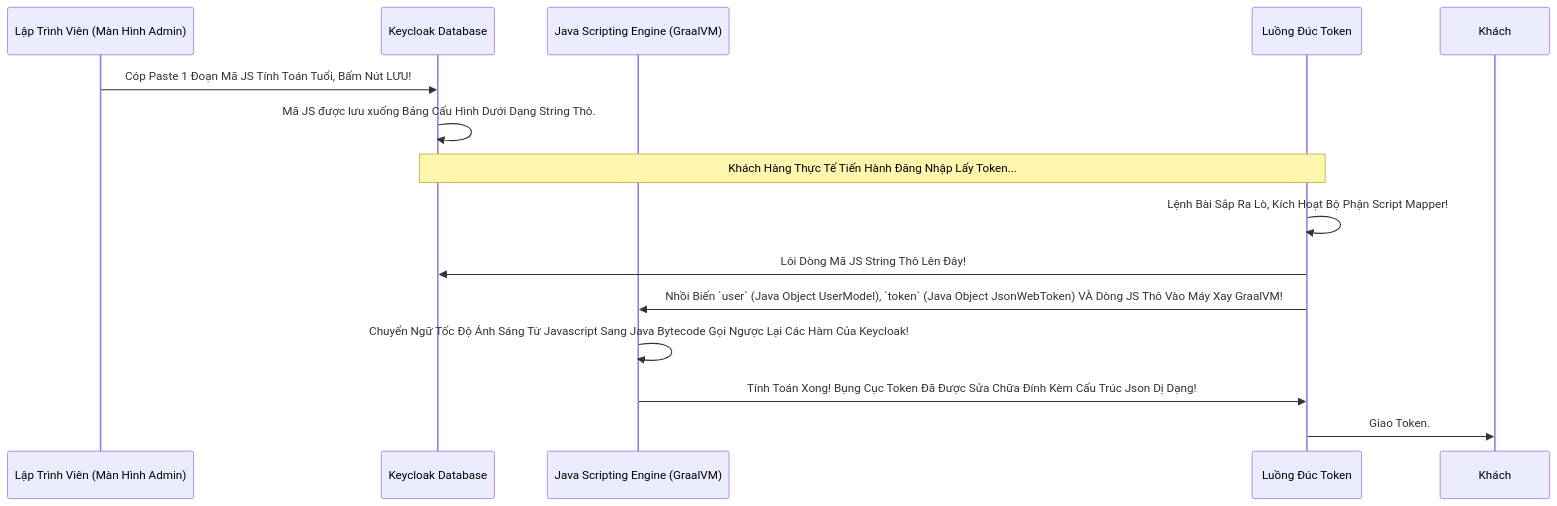
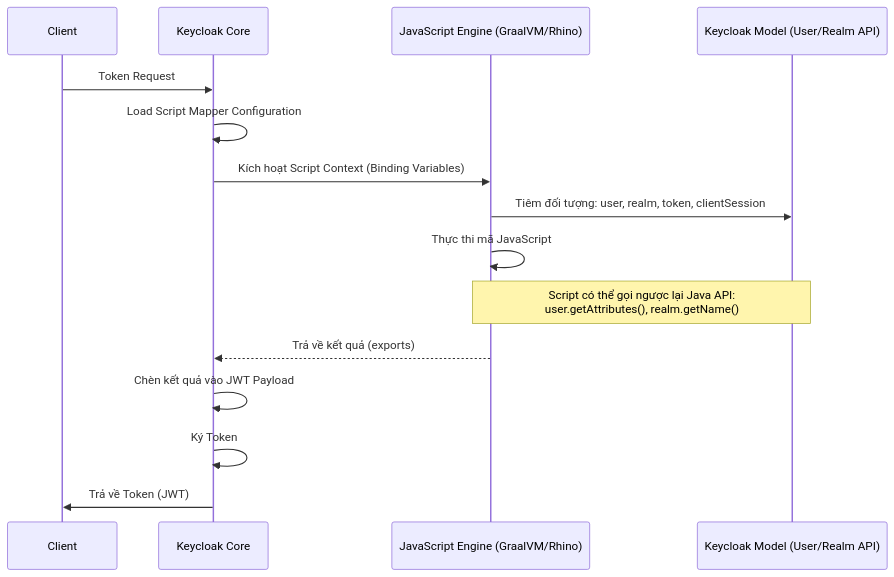
Before and after one commit to Luckyy0/keycloak: the diagram in 29-Advanced-Mappers/Module-1-Concepts/Lesson-3-Script-Mappers.md, drawn with Mermaid. The commit also changed other lines of this file and 215 other files, not shown here.

````diff
--- a/29-Advanced-Mappers/Module-1-Concepts/Lesson-3-Script-Mappers.md
+++ b/29-Advanced-Mappers/Module-1-Concepts/Lesson-3-Script-Mappers.md
@@ -35,21 +20,18 @@
 ```mermaid
 sequenceDiagram
-    participant Web as Lập Trình Viên (Màn Hình Admin)
-    participant DB as Keycloak Database
-    participant Engine as Java Scripting Engine (GraalVM)
-    participant Auth as Luồng Đúc Token
-    
-    Web->>DB: Cóp Paste 1 Đoạn Mã JS Tính Toán Tuổi, Bấm Nút LƯU!
-    DB->>DB: Mã JS được lưu xuống Bảng Cấu Hình Dưới Dạng String Thô.
-    
-    Note over Auth, DB: Khách Hàng Thực Tế Tiến Hành Đăng Nhập Lấy Token...
-    
-    Auth->>Auth: Lệnh Bài Sắp Ra Lò, Kích Hoạt Bộ Phận Script Mapper!
-    Auth->>DB: Lôi Dòng Mã JS String Thô Lên Đây!
-    
-    Auth->>Engine: Nhồi Biến `user` (Java Object UserModel), `token` (Java Object JsonWebToken) VÀ Dòng JS Thô Vào Máy Xay GraalVM!
-    Engine->>Engine: Chuyển Ngữ Tốc Độ Ánh Sáng Từ Javascript Sang Java Bytecode Gọi Ngược Lại Các Hàm Của Keycloak!
-    
-    Engine->>Auth: Tính Toán Xong! Bụng Cục Token Đã Được Sửa Chữa Đính Kèm Cấu Trúc Json Dị Dạng!
-    Auth->>Khách: Giao Token.
+    participant App as Client
+    participant KC as Keycloak Core
+    participant SE as JavaScript Engine (GraalVM/Rhino)
+    participant AuthZ as Keycloak Model (User/Realm API)
+
+    App->>KC: Token Request
+    KC->>KC: Load Script Mapper Configuration
+    KC->>SE: Kích hoạt Script Context (Binding Variables)
+    SE->>AuthZ: Tiêm đối tượng: user, realm, token, clientSession
+    SE->>SE: Thực thi mã JavaScript
+    Note over SE, AuthZ: Script có thể gọi ngược lại Java API:<br/>user.getAttributes(), realm.getName()
+    SE-->>KC: Trả về kết quả (exports)
+    KC->>KC: Chèn kết quả vào JWT Payload
+    KC->>KC: Ký Token
+    KC->>App: Trả về Token (JWT)
 ```
````
